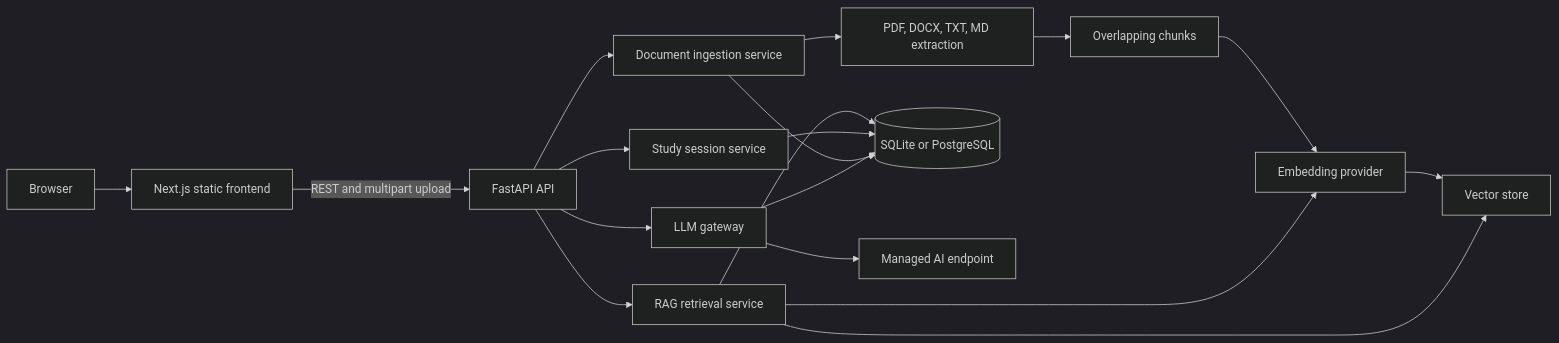
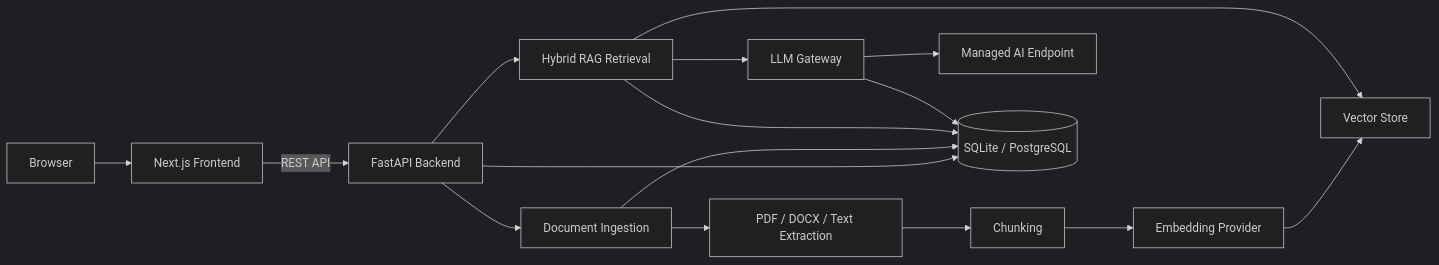
Before and after one commit to kavindamihiran/AI-Study-Assistant: the diagram in README.md, drawn with Mermaid (dark theme). The commit also changed other lines of this file and 1 other file, not shown here.

````diff
--- a/README.md
+++ b/README.md
@@ -68,23 +48,21 @@
 ```mermaid
 flowchart LR
-    U[Browser] --> F[Next.js static frontend]
-    F -->|REST and multipart upload| A[FastAPI API]
+    U[Browser] --> F[Next.js Frontend]
+    F -->|REST API| A[FastAPI Backend]
 
-    A --> S[Study session service]
-    A --> D[Document ingestion service]
-    A --> R[RAG retrieval service]
-    A --> G[LLM gateway]
+    A --> D[Document Ingestion]
+    D --> X[PDF / DOCX / Text Extraction]
+    X --> C[Chunking]
+    C --> E[Embedding Provider]
+    E --> V[Vector Store]
 
-    D --> X[PDF, DOCX, TXT, MD extraction]
-    X --> C[Overlapping chunks]
-    C --> E[Embedding provider]
-    E --> V[Vector store]
+    A --> R[Hybrid RAG Retrieval]
+    R --> V
+    R --> G[LLM Gateway]
+    G --> L[Managed AI Endpoint]
 
-    R --> E
-    R --> V
-    R --> DB[(SQLite or PostgreSQL)]
-    S --> DB
+    A --> DB[(SQLite / PostgreSQL)]
     D --> DB
-    G --> P[Managed AI endpoint]
+    R --> DB
     G --> DB
 ```
````
